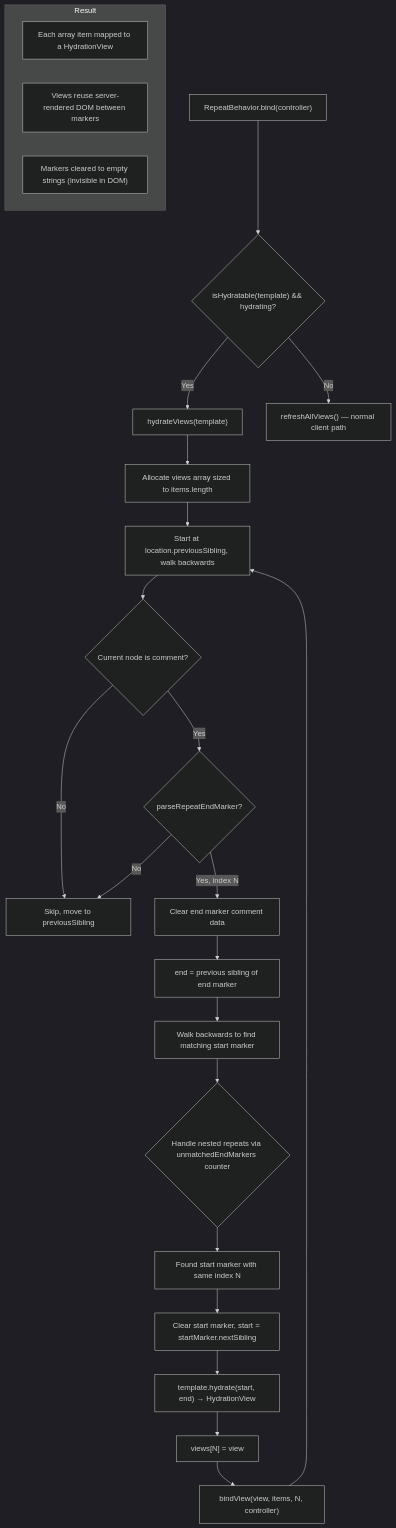
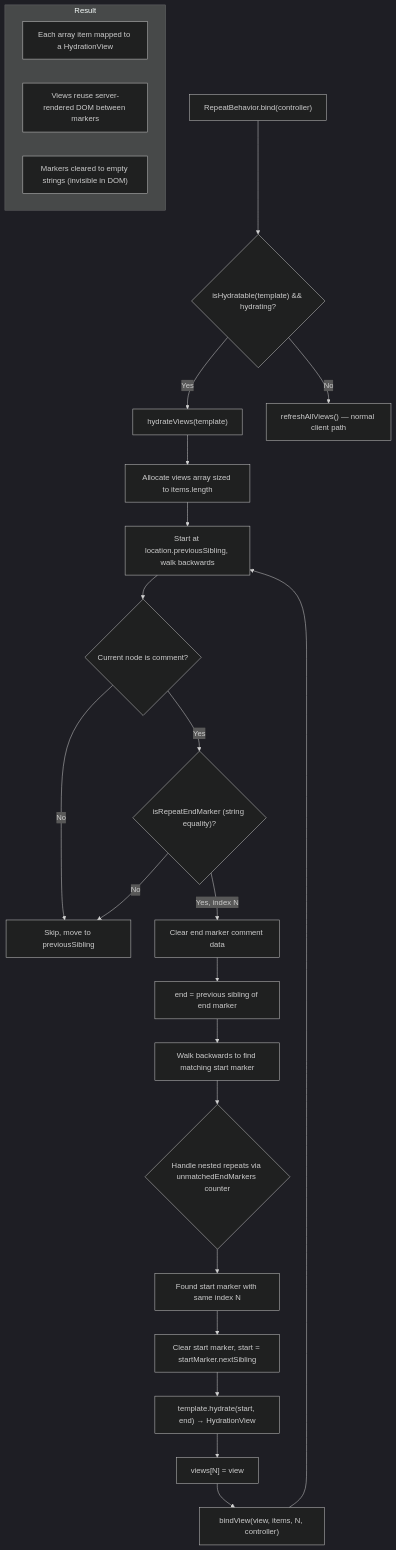
Before and after one commit to microsoft/fast: diagram 11 of 12 in packages/fast-element/docs/template-bindings.md, drawn with Mermaid (dark theme). The commit also changed other lines of this file and 70 other files, not shown here.

````diff
--- a/packages/fast-element/docs/template-bindings.md
+++ b/packages/fast-element/docs/template-bindings.md
@@ -446,31 +444,31 @@
 ```mermaid
 flowchart TD
     A["RepeatBehavior.bind(controller)"] --> B{"isHydratable(template) && hydrating?"}
     B -->|Yes| C["hydrateViews(template)"]
     B -->|No| D["refreshAllViews() — normal client path"]
 
     C --> E["Allocate views array sized to items.length"]
     E --> F["Start at location.previousSibling, walk backwards"]
 
     F --> G{"Current node is comment?"}
     G -->|No| H["Skip, move to previousSibling"]
-    G -->|Yes| I{"parseRepeatEndMarker?"}
+    G -->|Yes| I{"isRepeatEndMarker (string equality)?"}
     I -->|No| H
     I -->|Yes, index N| J["Clear end marker comment data"]
 
     J --> K["end = previous sibling of end marker"]
     K --> L["Walk backwards to find matching start marker"]
     L --> M{"Handle nested repeats via unmatchedEndMarkers counter"}
     M --> N["Found start marker with same index N"]
     N --> O["Clear start marker, start = startMarker.nextSibling"]
     O --> P["template.hydrate(start, end) → HydrationView"]
     P --> Q["views[N] = view"]
     Q --> R["bindView(view, items, N, controller)"]
     R --> F
 
     subgraph "Result"
         S["Each array item mapped to a HydrationView"]
         T["Views reuse server-rendered DOM between markers"]
         U["Markers cleared to empty strings (invisible in DOM)"]
     end
 ```
````
